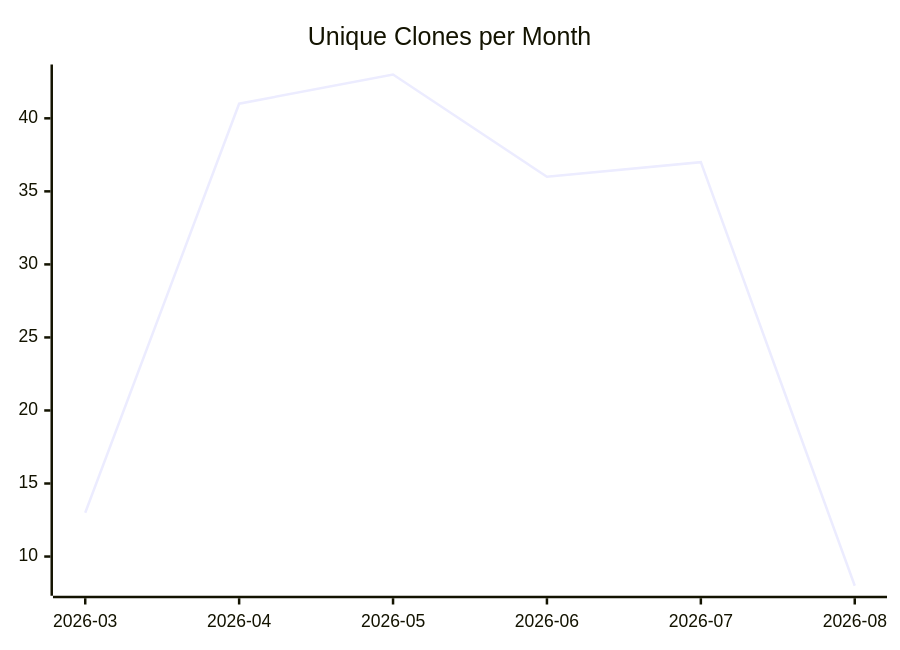
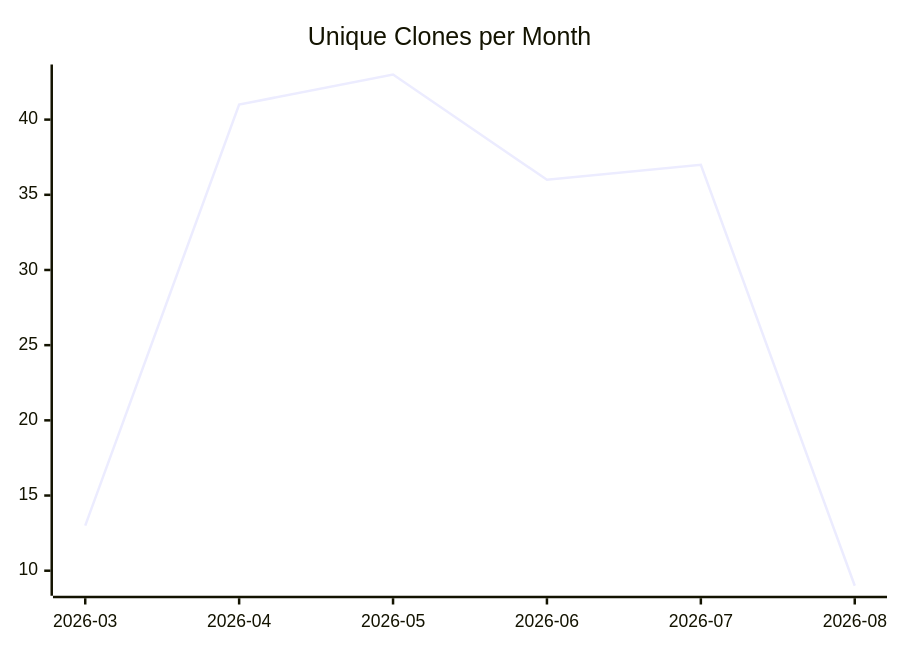
The third of 3 diagrams in karlmdavis/usgs-water-api-java/README.md (justdavis-family/github-analytics-data), drawn with Mermaid before and after one commit. The commit also changed other lines of this file and 174 other files, not shown here.

````diff
--- a/karlmdavis/usgs-water-api-java/README.md
+++ b/karlmdavis/usgs-water-api-java/README.md
@@ -19,6 +19,6 @@
 ```mermaid
 xychart-beta
   title "Unique Clones per Month"
   x-axis ["2026-03", "2026-04", "2026-05", "2026-06", "2026-07", "2026-08"]
-  line [13, 41, 43, 36, 37, 8]
+  line [13, 41, 43, 36, 37, 9]
 ```
````
